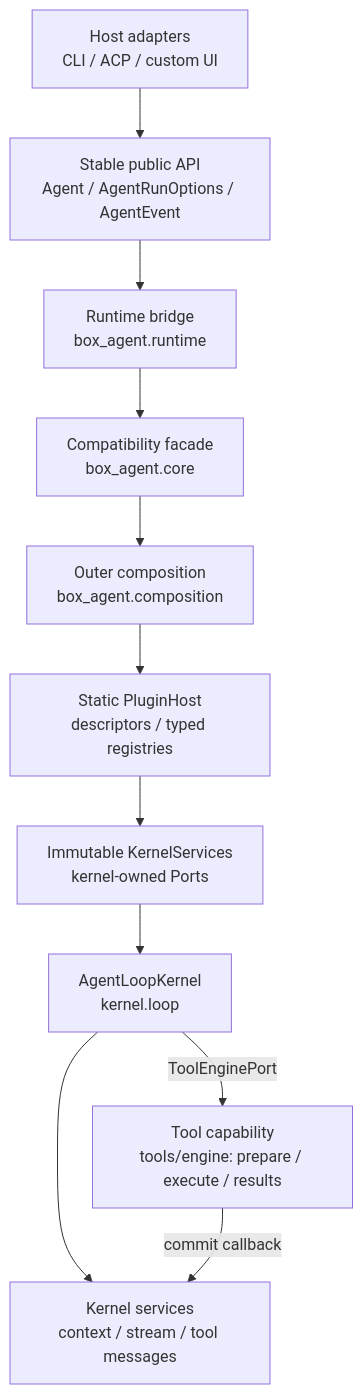
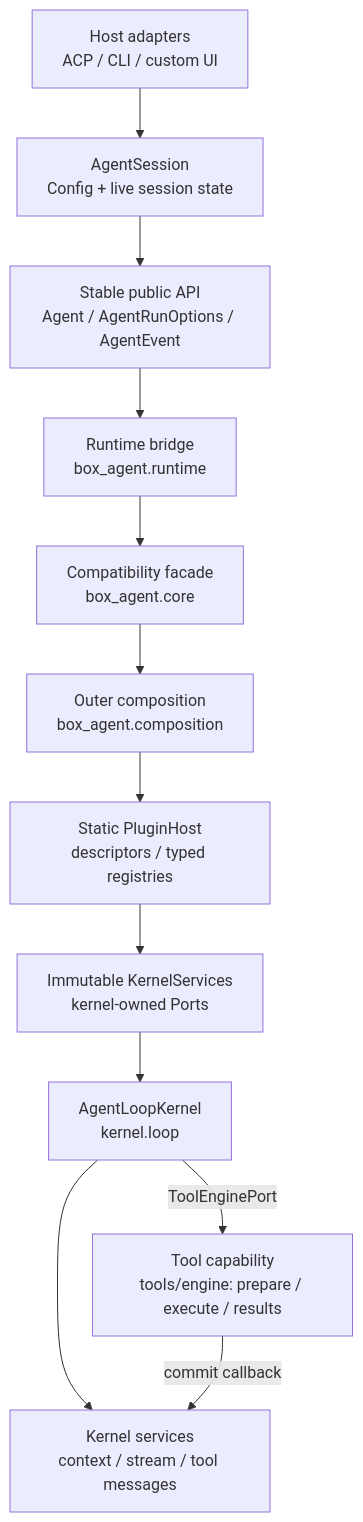
One commit to KRISACHAN/Box-Agent changed the diagram in docs/ARCHITECTURE.md. Above: the diagram before and after it, drawn with Mermaid. The commit also changed other lines of this file and 14 other files, not shown here.

Commit message:
refactor(session): share configured Agent sessions across adapters

````diff
--- a/docs/ARCHITECTURE.md
+++ b/docs/ARCHITECTURE.md
@@ -9,17 +9,18 @@
 ```mermaid
 flowchart TB
-    H["Host adapters<br/>CLI / ACP / custom UI"]
+    H["Host adapters<br/>ACP / CLI / custom UI"]
+    SS["AgentSession<br/>Config + live session state"]
     A["Stable public API<br/>Agent / AgentRunOptions / AgentEvent"]
     R["Runtime bridge<br/>box_agent.runtime"]
     C["Compatibility facade<br/>box_agent.core"]
     O["Outer composition<br/>box_agent.composition"]
     P["Static PluginHost<br/>descriptors / typed registries"]
     S["Immutable KernelServices<br/>kernel-owned Ports"]
     L["AgentLoopKernel<br/>kernel.loop"]
     E["Kernel services<br/>context / stream / tool messages"]
     T["Tool capability<br/>tools/engine: prepare / execute / results"]
 
-    H --> A --> R --> C --> O --> P --> S --> L --> E
+    H --> SS --> A --> R --> C --> O --> P --> S --> L --> E
     L -->|ToolEnginePort| T
     T -->|commit callback| E
 ```
````
